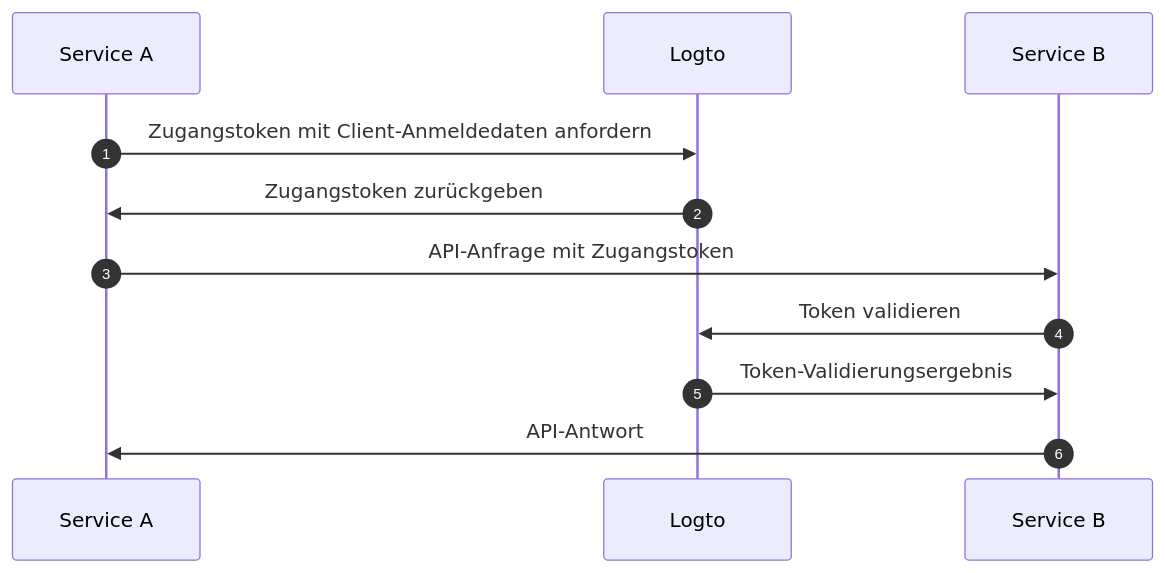
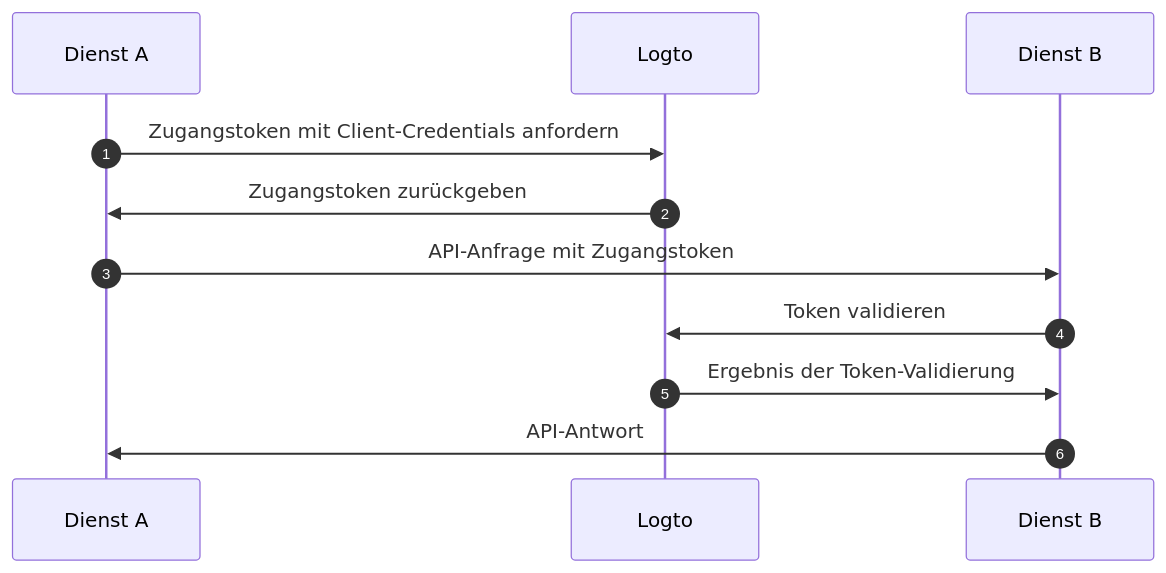
One commit to logto-io/docs changed the second of 4 diagrams in i18n/de/docusaurus-plugin-content-docs/current/integrate-logto/integrate-logto-into-your-application/understand-authentication-flow.mdx. Above: the diagram before and after it, drawn with Mermaid. The commit also changed other lines of this file and 44 other files, not shown here.

````diff
--- a/i18n/de/docusaurus-plugin-content-docs/current/integrate-logto/integrate-logto-into-your-application/understand-authentication-flow.mdx
+++ b/i18n/de/docusaurus-plugin-content-docs/current/integrate-logto/integrate-logto-into-your-application/understand-authentication-flow.mdx
@@ -42,14 +42,14 @@
 ```mermaid
 sequenceDiagram
     autonumber
-    participant Service A
+    participant Dienst A
     participant Logto
-    participant Service B
+    participant Dienst B
 
-    Service A->>Logto: Zugangstoken mit Client-Anmeldedaten anfordern
-    Logto->>Service A: Zugangstoken zurückgeben
-    Service A->>Service B: API-Anfrage mit Zugangstoken
-    Service B->>Logto: Token validieren
-    Logto->>Service B: Token-Validierungsergebnis
-    Service B->>Service A: API-Antwort
+    Dienst A->>Logto: Zugangstoken mit Client-Credentials anfordern
+    Logto->>Dienst A: Zugangstoken zurückgeben
+    Dienst A->>Dienst B: API-Anfrage mit Zugangstoken
+    Dienst B->>Logto: Token validieren
+    Logto->>Dienst B: Ergebnis der Token-Validierung
+    Dienst B->>Dienst A: API-Antwort
 ```
````
